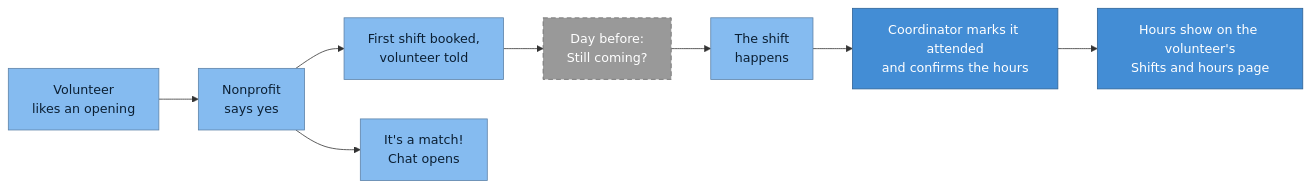
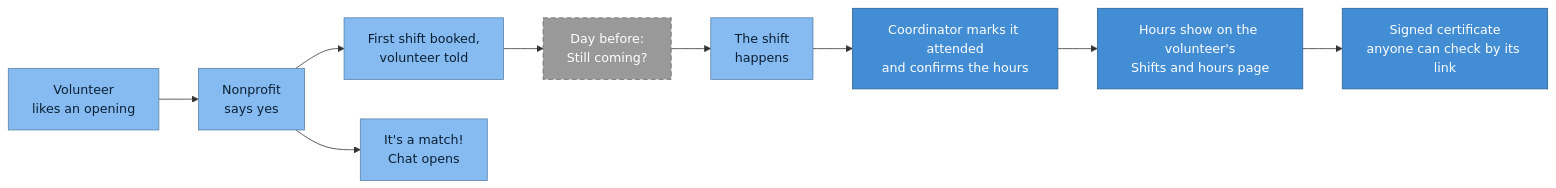
One commit to slegroux/causematch changed the first of 26 diagrams in docs/ARCHITECTURE.md. Above: the diagram before and after it, drawn with Mermaid. The commit also changed other lines of this file, not shown here.

First line of the commit message:
Architecture doc: hours certificates, signing and the check link (#19)

````diff
--- a/docs/ARCHITECTURE.md
+++ b/docs/ARCHITECTURE.md
@@ -41,18 +41,19 @@
 ```mermaid
 %%{init: {"flowchart": {"curve": "basis"}, "themeVariables": {"fontFamily": "Helvetica, Arial, sans-serif"}}}%%
 flowchart LR
     like["Volunteer<br/>likes an opening"] --> yes["Nonprofit<br/>says yes"]
     yes --> booked["First shift booked,<br/>volunteer told"]
     yes --> chat["It's a match!<br/>Chat opens"]
     booked --> remind["Day before:<br/>Still coming?"]
     remind --> happen["The shift<br/>happens"]
     happen --> marked["Coordinator marks it attended<br/>and confirms the hours"]
     marked --> hours["Hours show on the volunteer's<br/>Shifts and hours page"]
+    hours --> cert["Signed certificate<br/>anyone can check by its link"]
 
     classDef step fill:#85bbf0,stroke:#5d82a8,color:#0b1f33
     classDef key fill:#438dd5,stroke:#2e6295,color:#ffffff
     classDef planned fill:#999999,stroke:#6b6b6b,color:#ffffff,stroke-dasharray:6 4
     class like,yes,booked,chat,happen step
-    class marked,hours key
+    class marked,hours,cert key
     class remind planned
 ```
````
